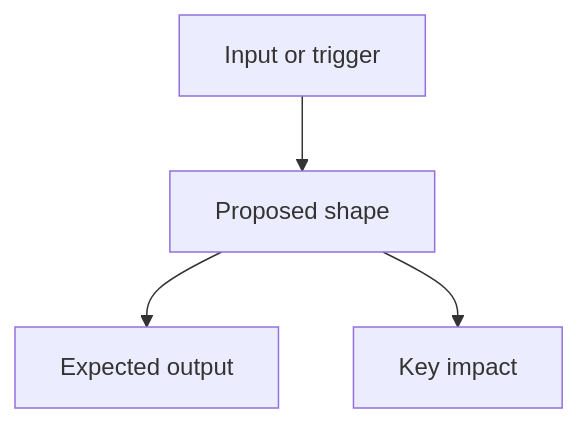
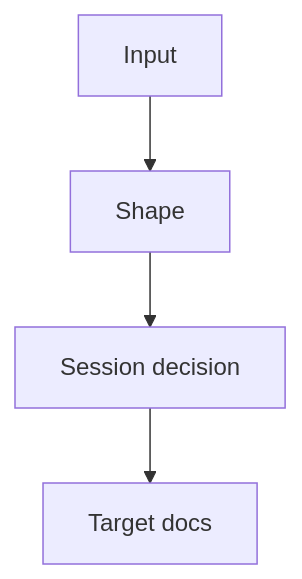
One commit to FlutteryEmbers/workflow changed the diagram in .workflow/templates/shape.md. Above: the diagram before and after it, drawn with Mermaid. The commit also changed other lines of this file and 50 other files, not shown here.

````diff
--- a/.workflow/templates/shape.md
+++ b/.workflow/templates/shape.md
@@ -19,6 +15,6 @@
 ```mermaid
 flowchart TD
-    input_node["Input or trigger"] --> core_shape["Proposed shape"]
-    core_shape --> output_node["Expected output"]
-    core_shape --> impact_node["Key impact"]
+    input_node["Input"] --> shape_node["Shape"]
+    shape_node --> decision_node["Session decision"]
+    decision_node --> docs_node["Target docs"]
 ```
````
